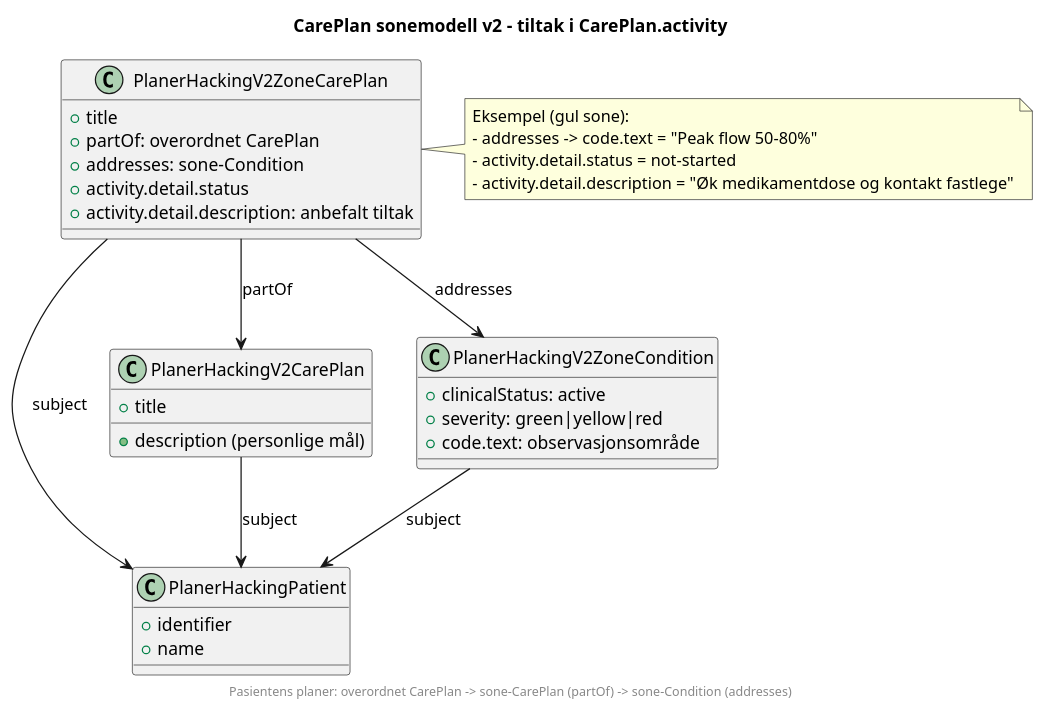
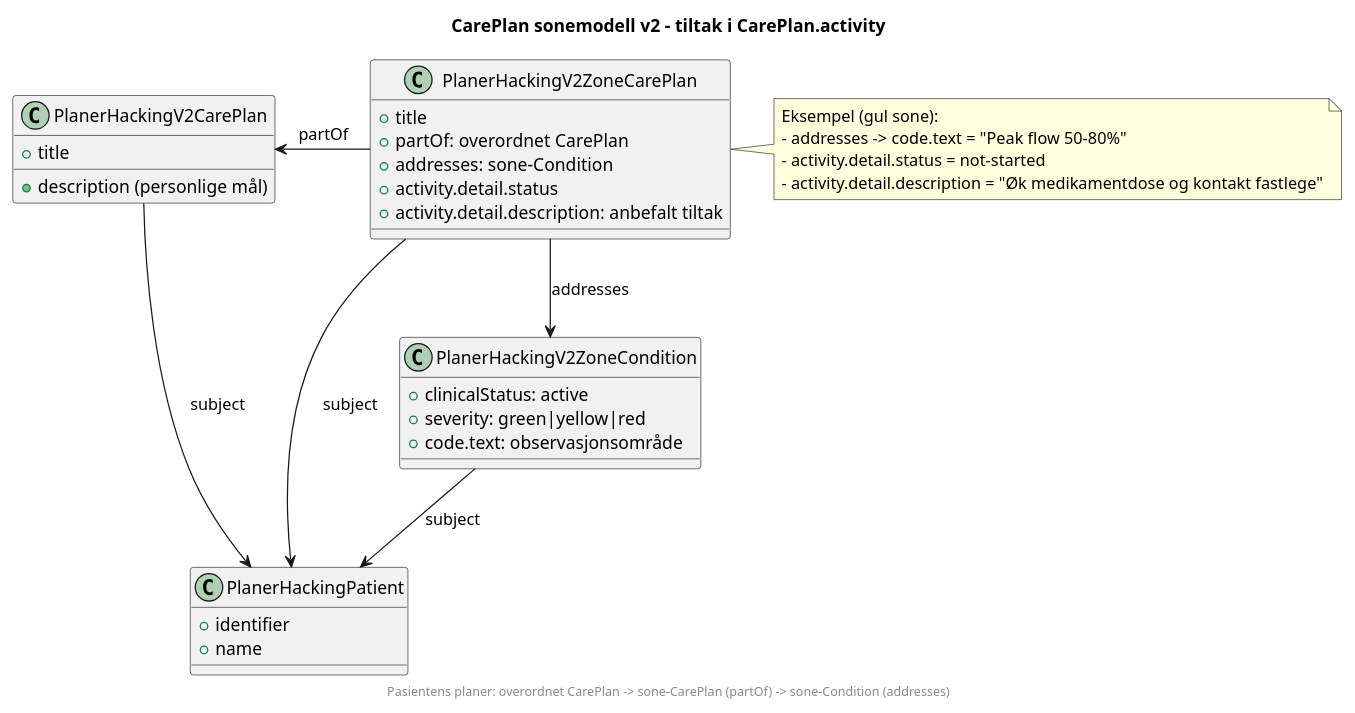
One commit to HL7Norway/Planer-CarePlan-hacking changed the diagram in planer-hacking/input/images-source/careplan-zones-model-v2.plantuml. Above: the diagram before and after it, drawn with PlantUML.

Commit message:
plantuml justering

```diff
--- a/planer-hacking/input/images-source/careplan-zones-model-v2.plantuml
+++ b/planer-hacking/input/images-source/careplan-zones-model-v2.plantuml
@@ -1,42 +1,42 @@
 @startuml
 title CarePlan sonemodell v2 - tiltak i CarePlan.activity
 footer Pasientens planer: overordnet CarePlan -> sone-CarePlan (partOf) -> sone-Condition (addresses)
 
+class PlanerHackingV2CarePlan {
+  +title
+  +description (personlige mål)
+}
+
 class PlanerHackingPatient {
   +identifier
   +name
-}
-
-class PlanerHackingV2CarePlan {
-  +title
-  +description (personlige mål)
 }
 
 class PlanerHackingV2ZoneCarePlan {
   +title
   +partOf: overordnet CarePlan
   +addresses: sone-Condition
   +activity.detail.status
   +activity.detail.description: anbefalt tiltak
 }
 
 class PlanerHackingV2ZoneCondition {
   +clinicalStatus: active
   +severity: green|yellow|red
   +code.text: observasjonsområde
 }
 
-PlanerHackingV2CarePlan --> PlanerHackingPatient : subject
+PlanerHackingV2CarePlan -down-> PlanerHackingPatient : subject
+PlanerHackingV2CarePlan <-right- PlanerHackingV2ZoneCarePlan : partOf
 PlanerHackingV2ZoneCarePlan --> PlanerHackingPatient : subject
-PlanerHackingV2ZoneCarePlan --> PlanerHackingV2CarePlan : partOf
 PlanerHackingV2ZoneCarePlan --> PlanerHackingV2ZoneCondition : addresses
 PlanerHackingV2ZoneCondition --> PlanerHackingPatient : subject
 
 note right of PlanerHackingV2ZoneCarePlan
 Eksempel (gul sone):
 - addresses -> code.text = "Peak flow 50-80%"
 - activity.detail.status = not-started
 - activity.detail.description = "Øk medikamentdose og kontakt fastlege"
 end note
 
 @enduml
```
